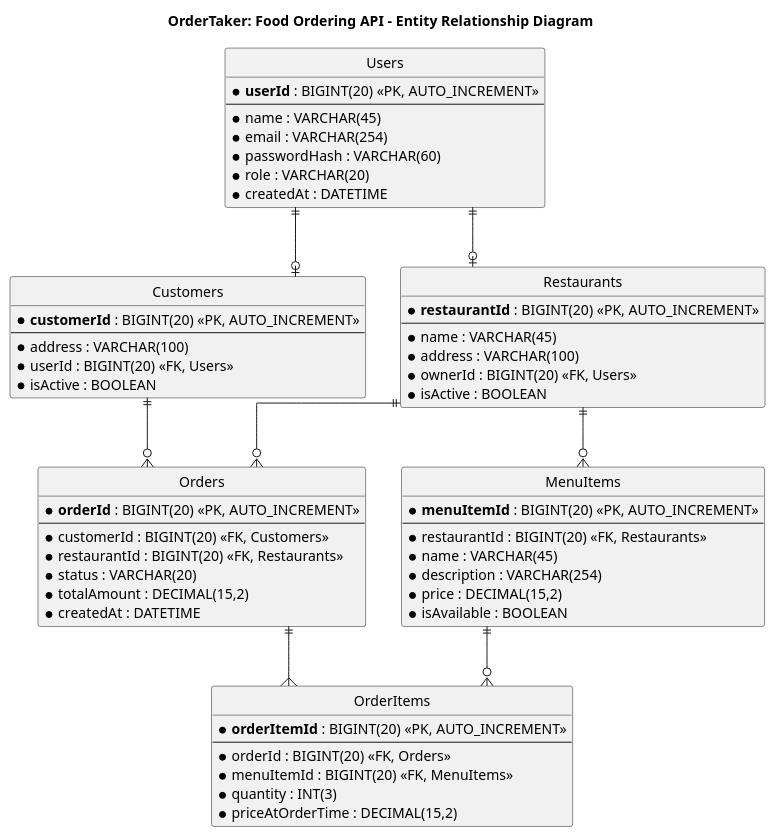
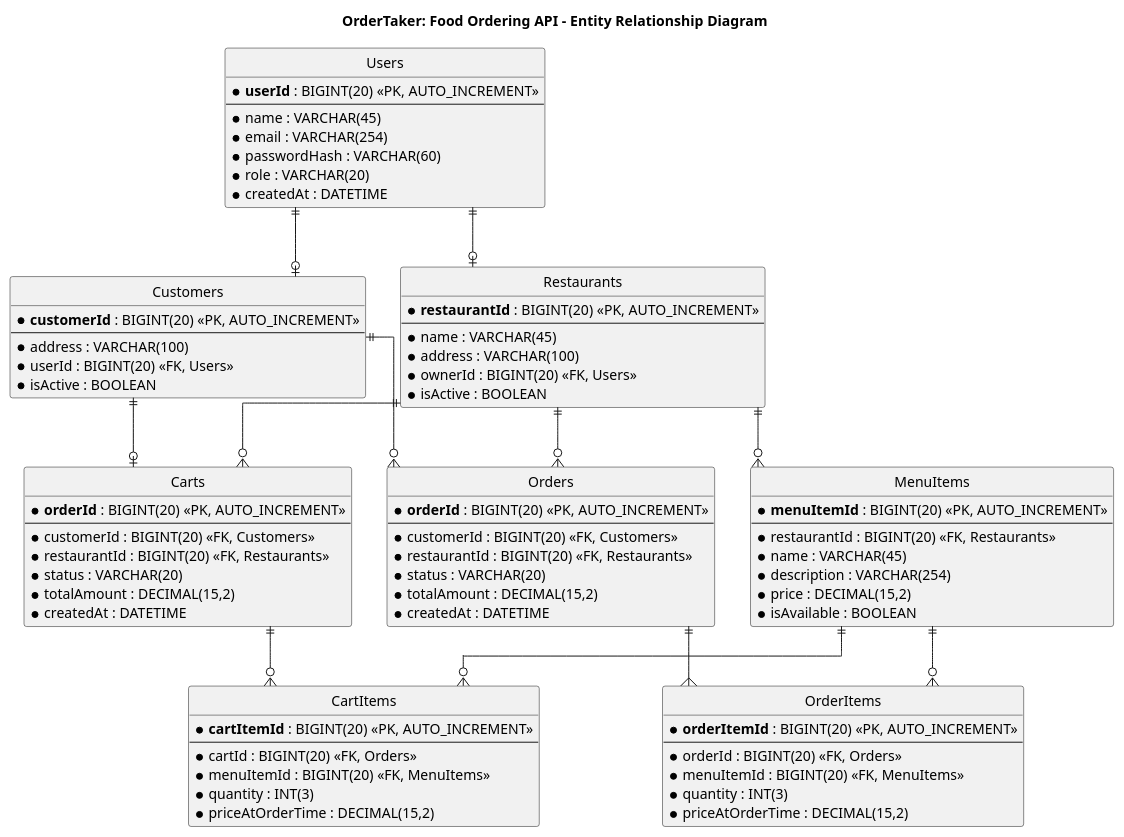
The diagram in planning/uml/erd.puml (rvmchua/ordertaker), drawn with PlantUML before and after one commit. The commit also changed 1 other file, not shown here.

Commit message:
Add Carts and CartItems entities for saving orders as cart before becoming an order.

```diff
--- a/planning/uml/erd.puml
+++ b/planning/uml/erd.puml
@@ -1,70 +1,93 @@
 @startuml
 title OrderTaker: Food Ordering API - Entity Relationship Diagram
 skinparam linetype ortho
 hide circle
 
 entity "Users" as user {
     * **userId** : BIGINT(20) <<PK, AUTO_INCREMENT>>
     --
     * name : VARCHAR(45)
     * email : VARCHAR(254)
     * passwordHash : VARCHAR(60)
     * role : VARCHAR(20)
     * createdAt : DATETIME
 }
 
 entity "Customers" as customer {
     * **customerId** : BIGINT(20) <<PK, AUTO_INCREMENT>>
     --
     * address : VARCHAR(100)
     * userId : BIGINT(20) <<FK, Users>>
     * isActive : BOOLEAN
 }
 
 entity "Restaurants" as resto {
     * **restaurantId** : BIGINT(20) <<PK, AUTO_INCREMENT>>
     --
     * name : VARCHAR(45)
     * address : VARCHAR(100)
     * ownerId : BIGINT(20) <<FK, Users>>
     * isActive : BOOLEAN
 }
 
 entity "MenuItems" as menu {
     * **menuItemId** : BIGINT(20) <<PK, AUTO_INCREMENT>>
     --
     * restaurantId : BIGINT(20) << FK, Restaurants>>
     * name : VARCHAR(45)
     * description : VARCHAR(254)
     * price : DECIMAL(15,2)
     * isAvailable : BOOLEAN
 }
 
 entity "Orders" as order {
     * **orderId** : BIGINT(20) <<PK, AUTO_INCREMENT>>
     --
     * customerId : BIGINT(20) <<FK, Customers>>
     * restaurantId : BIGINT(20) <<FK, Restaurants>>
     * status : VARCHAR(20)
     * totalAmount : DECIMAL(15,2)
     * createdAt : DATETIME
 }
 
 entity "OrderItems" as item {
     * **orderItemId** : BIGINT(20) <<PK, AUTO_INCREMENT>>
     --
     * orderId : BIGINT(20) <<FK, Orders>>
     * menuItemId : BIGINT(20) <<FK, MenuItems>>
     * quantity : INT(3)
     * priceAtOrderTime : DECIMAL(15,2)
 }
 
+entity "Carts" as cart {
+    * **orderId** : BIGINT(20) <<PK, AUTO_INCREMENT>>
+    --
+    * customerId : BIGINT(20) <<FK, Customers>>
+    * restaurantId : BIGINT(20) <<FK, Restaurants>>
+    * status : VARCHAR(20)
+    * totalAmount : DECIMAL(15,2)
+    * createdAt : DATETIME
+}
+
+entity "CartItems" as cartitem {
+    * **cartItemId** : BIGINT(20) <<PK, AUTO_INCREMENT>>
+    --
+    * cartId : BIGINT(20) <<FK, Orders>>
+    * menuItemId : BIGINT(20) <<FK, MenuItems>>
+    * quantity : INT(3)
+    * priceAtOrderTime : DECIMAL(15,2)
+}
+
 user ||--o|resto
 user ||--o| customer
 resto ||--o{ menu
 customer ||--o{ order
 resto ||--o{ order
 order ||--{ item
 menu ||--o{ item
+customer ||--o| cart
+resto ||--o{ cart
+cart ||--o{ cartitem
+menu ||--o{ cartitem
 
 @enduml
```
